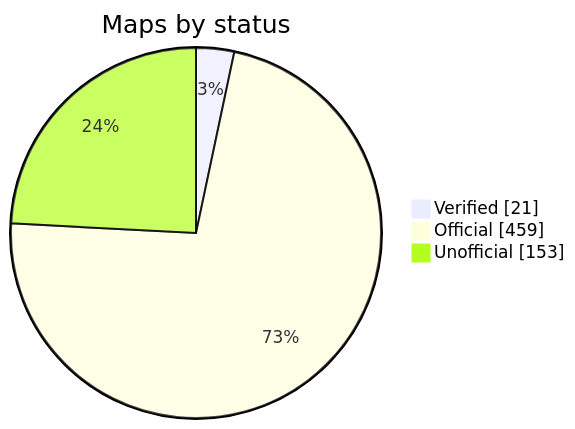
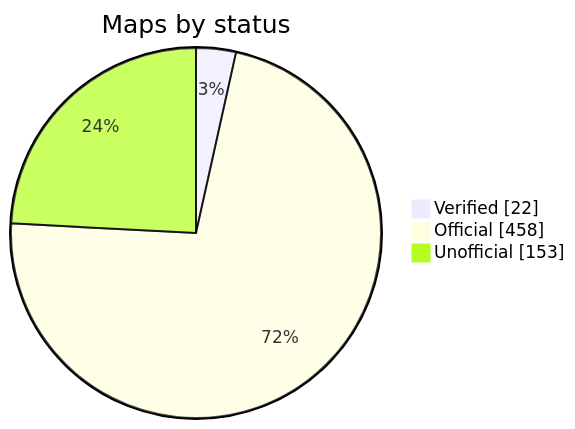
One commit to nobrega8/mbmap-library changed the diagram in README.md. Above: the diagram before and after it, drawn with Mermaid. The commit also changed 6 other files, not shown here.

````diff
--- a/README.md
+++ b/README.md
@@ -52,7 +52,7 @@
 ```mermaid
 pie showData
     title Maps by status
-    "Verified" : 21
-    "Official" : 459
+    "Verified" : 22
+    "Official" : 458
     "Unofficial" : 153
 ```
````
